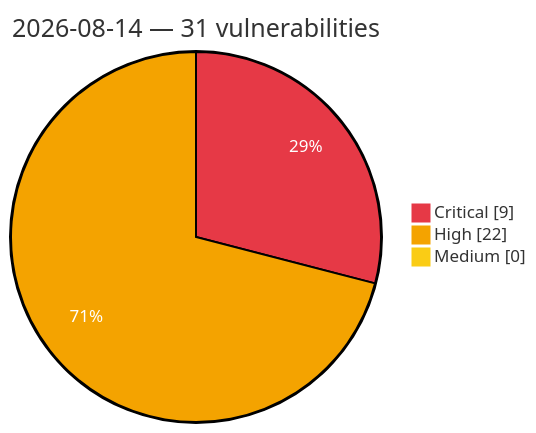
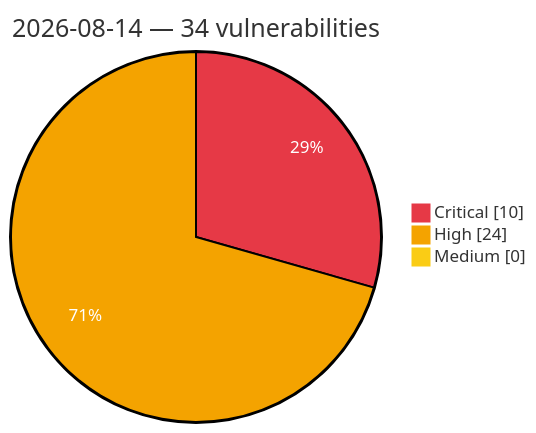
Before and after one commit to GhostX0X/vuln-tracker: the diagram in vulnerabilities/2026/August/2026-08-14.md, drawn with Mermaid. The commit also changed other lines of this file and 5 other files, not shown here.

Commit message:
Auto update: critical/high vulns (2026-08-14 14:48 UTC)

````diff
--- a/vulnerabilities/2026/August/2026-08-14.md
+++ b/vulnerabilities/2026/August/2026-08-14.md
@@ -3,8 +3,8 @@
 ```mermaid
 %%{init: {'theme':'base', 'themeVariables': {'pie1':'#e63946', 'pie2':'#f4a300', 'pie3':'#facc15', 'pieOpacity':'1', 'pieOuterStrokeWidth':'2px', 'pieSectionTextColor':'#ffffff'}}}%%
 pie showData
-    title 2026-08-14 — 31 vulnerabilities
-    "Critical" : 9
-    "High" : 22
+    title 2026-08-14 — 34 vulnerabilities
+    "Critical" : 10
+    "High" : 24
     "Medium" : 0
 ```
````
